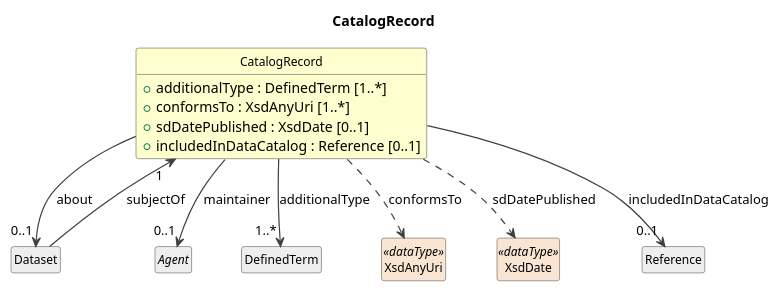
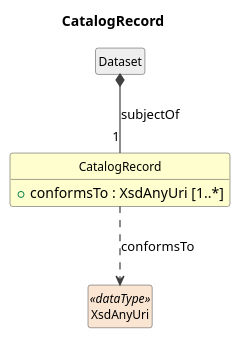
The diagram in cdif-uml-model/_plantuml/cdifArchiveDistribution/Classes/CatalogRecord.pu (Cross-Domain-Interoperability-Framework/metadataBuildingBlocks), drawn with PlantUML before and after one commit. The commit also changed 142 other files, not shown here.

First line of the commit message:
cdif-uml-model: regenerated CDIFArchiveDistribution (focused overview)

```diff
--- a/cdif-uml-model/_plantuml/cdifArchiveDistribution/Classes/CatalogRecord.pu
+++ b/cdif-uml-model/_plantuml/cdifArchiveDistribution/Classes/CatalogRecord.pu
@@ -1,33 +1,21 @@
 @startuml
 title CatalogRecord
 hide circle
 hide empty members
 skinparam shadowing false
 skinparam ArrowThickness 1.2
 skinparam class {
   ArrowColor #404040
   BorderColor #404040
   FontSize 12
 }
 
 class "CatalogRecord" as CatalogRecord #FEFECE {
-  +additionalType : DefinedTerm [1..*]
   +conformsTo : XsdAnyUri [1..*]
-  +sdDatePublished : XsdDate [0..1]
-  +includedInDataCatalog : Reference [0..1]
 }
 class "Dataset" as Dataset #EEEEEE
-Dataset --> "1" CatalogRecord : subjectOf
-CatalogRecord --> "0..1" Dataset : about
-abstract class "Agent" as Agent #EEEEEE
-CatalogRecord --> "0..1" Agent : maintainer
-class "DefinedTerm" as DefinedTerm #EEEEEE
-CatalogRecord --> "1..*" DefinedTerm : additionalType
+Dataset *-- "1" CatalogRecord : subjectOf
 class "XsdAnyUri" as XsdAnyUri <<dataType>> #FAE5D3
 CatalogRecord ..> XsdAnyUri : conformsTo
-class "XsdDate" as XsdDate <<dataType>> #FAE5D3
-CatalogRecord ..> XsdDate : sdDatePublished
-class "Reference" as Reference #EEEEEE
-CatalogRecord --> "0..1" Reference : includedInDataCatalog
 
 @enduml
```
